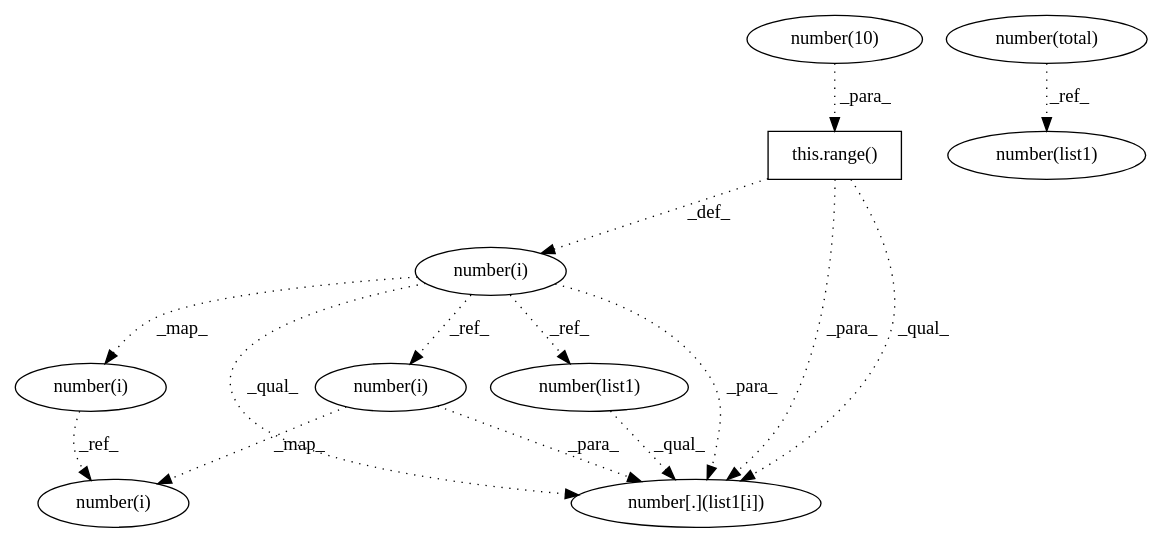
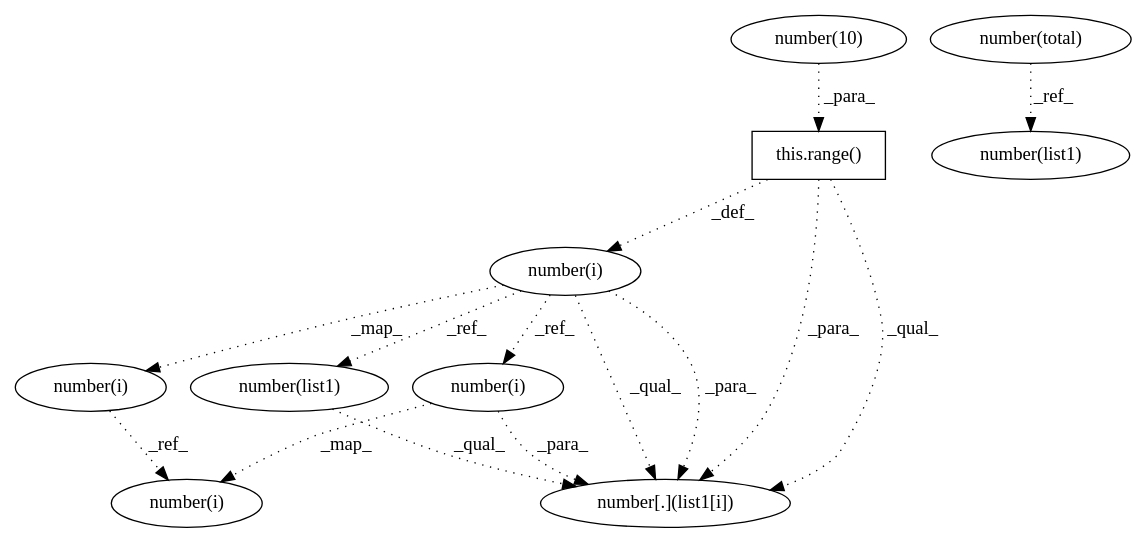
The diagram in AtomicASTChangeMining/OUTPUT/DEBUG/e09e34d2e4246c85e5aed3ad0aeb1cb75908d02a___1.dot (maldil/R-CPATMiner), drawn with Graphviz before and after one commit. The commit also changed 75 other files, not shown here.

```diff
--- a/AtomicASTChangeMining/OUTPUT/DEBUG/e09e34d2e4246c85e5aed3ad0aeb1cb75908d02a___1.dot
+++ b/AtomicASTChangeMining/OUTPUT/DEBUG/e09e34d2e4246c85e5aed3ad0aeb1cb75908d02a___1.dot
@@ -1,26 +1,26 @@
 digraph G {
-1 [label="number(10)" shape=ellipse]
-2 [label="number(total)" shape=ellipse]
+1 [label="number(list1)" shape=ellipse]
+2 [label="this.range()" shape=box]
 3 [label="number(i)" shape=ellipse]
-4 [label="number(i)" shape=ellipse]
-5 [label="number[.](list1[i])" shape=ellipse]
-6 [label="number(list1)" shape=ellipse]
-7 [label="number(list1)" shape=ellipse]
-8 [label="this.range()" shape=box]
-9 [label="number(i)" shape=ellipse]
+4 [label="number(10)" shape=ellipse]
+5 [label="number(i)" shape=ellipse]
+6 [label="number[.](list1[i])" shape=ellipse]
+7 [label="number(i)" shape=ellipse]
+8 [label="number(total)" shape=ellipse]
+9 [label="number(list1)" shape=ellipse]
 10 [label="number(i)" shape=ellipse]
+7 -> 1 [label="_ref_" style=dotted];
+4 -> 2 [label="_para_" style=dotted];
 10 -> 3 [label="_ref_" style=dotted];
-9 -> 3 [label="_map_" style=dotted];
-8 -> 4 [label="_def_" style=dotted];
-6 -> 5 [label="_qual_" style=dotted];
-9 -> 5 [label="_para_" style=dotted];
-4 -> 5 [label="_para_" style=dotted];
-8 -> 5 [label="_para_" style=dotted];
-4 -> 5 [label="_qual_" style=dotted];
-8 -> 5 [label="_qual_" style=dotted];
-4 -> 6 [label="_ref_" style=dotted];
-2 -> 7 [label="_ref_" style=dotted];
-1 -> 8 [label="_para_" style=dotted];
-4 -> 9 [label="_ref_" style=dotted];
-4 -> 10 [label="_map_" style=dotted];
+5 -> 3 [label="_map_" style=dotted];
+7 -> 5 [label="_ref_" style=dotted];
+1 -> 6 [label="_qual_" style=dotted];
+5 -> 6 [label="_para_" style=dotted];
+7 -> 6 [label="_qual_" style=dotted];
+2 -> 6 [label="_qual_" style=dotted];
+7 -> 6 [label="_para_" style=dotted];
+2 -> 6 [label="_para_" style=dotted];
+2 -> 7 [label="_def_" style=dotted];
+8 -> 9 [label="_ref_" style=dotted];
+7 -> 10 [label="_map_" style=dotted];
 }
```
